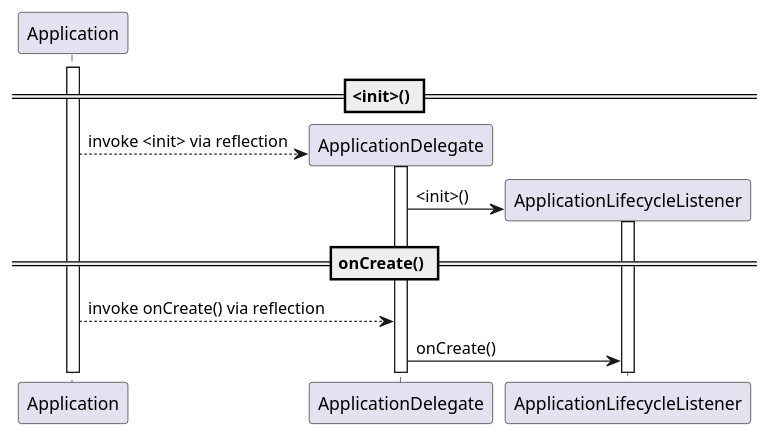
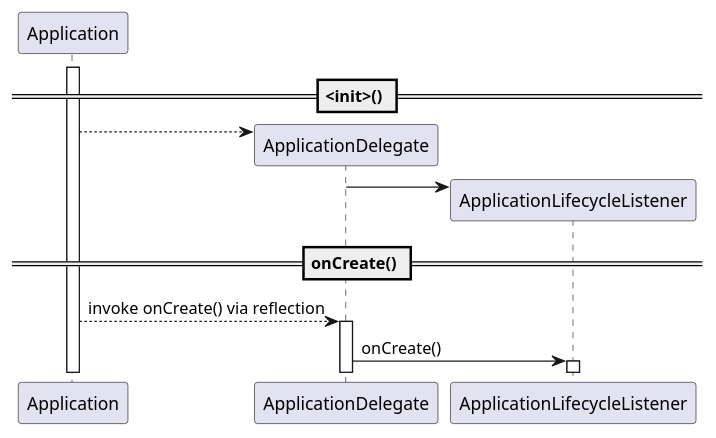
One commit to johnsonlee/blog changed the diagram in source/_posts/working-as-an-architect-at-didi-1.md. Above: the diagram before and after it, drawn with PlantUML.

Commit message:
Update post `working-as-an-architect-at-didi-1`

````diff
--- a/source/_posts/working-as-an-architect-at-didi-1.md
+++ b/source/_posts/working-as-an-architect-at-didi-1.md
@@ -39,15 +39,15 @@
 ```plantuml
 @startuml
 == <init>() ==
 activate Application
 create ApplicationDelegate
-Application --> ApplicationDelegate: invoke <init> via reflection
-activate ApplicationDelegate
+Application --> ApplicationDelegate
 create ApplicationLifecycleListener
-ApplicationDelegate -> ApplicationLifecycleListener: <init>()
-activate ApplicationLifecycleListener
+ApplicationDelegate -> ApplicationLifecycleListener
 == onCreate() ==
 Application --> ApplicationDelegate: invoke onCreate() via reflection
+activate ApplicationDelegate
 ApplicationDelegate -> ApplicationLifecycleListener: onCreate()
+activate ApplicationLifecycleListener
 @enduml
 ```
````
